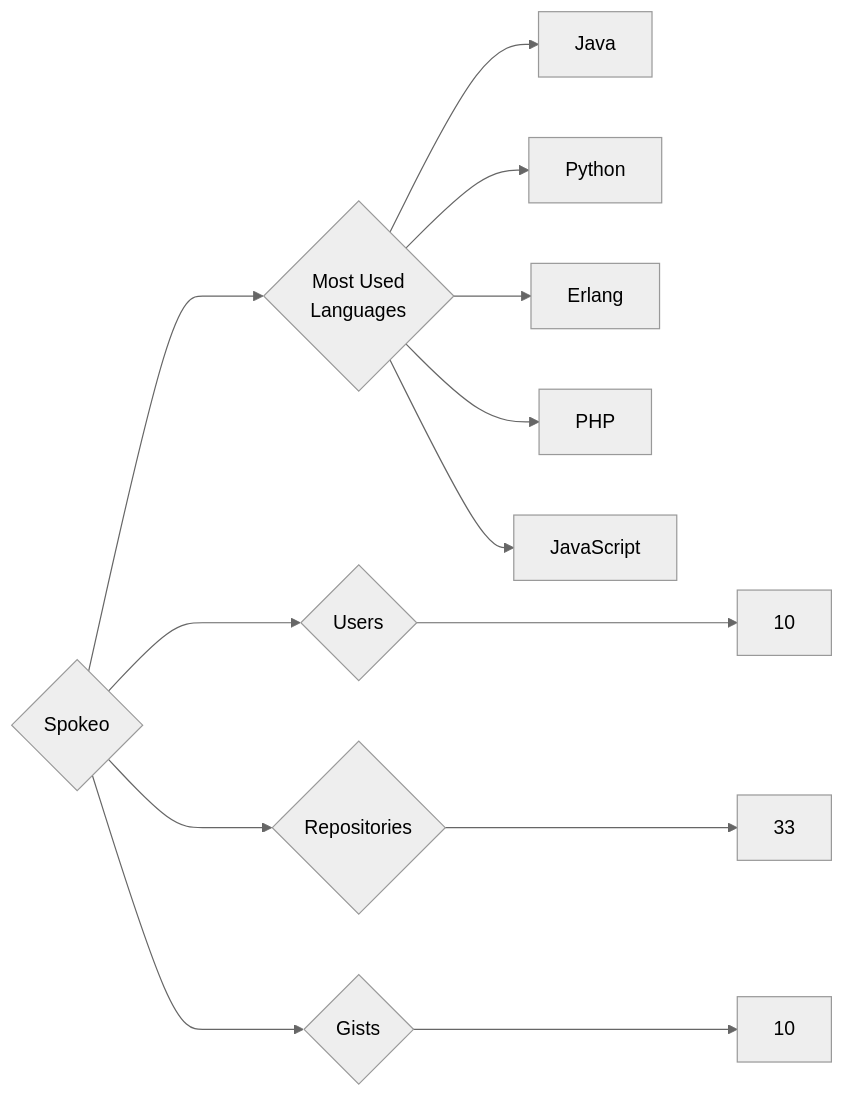
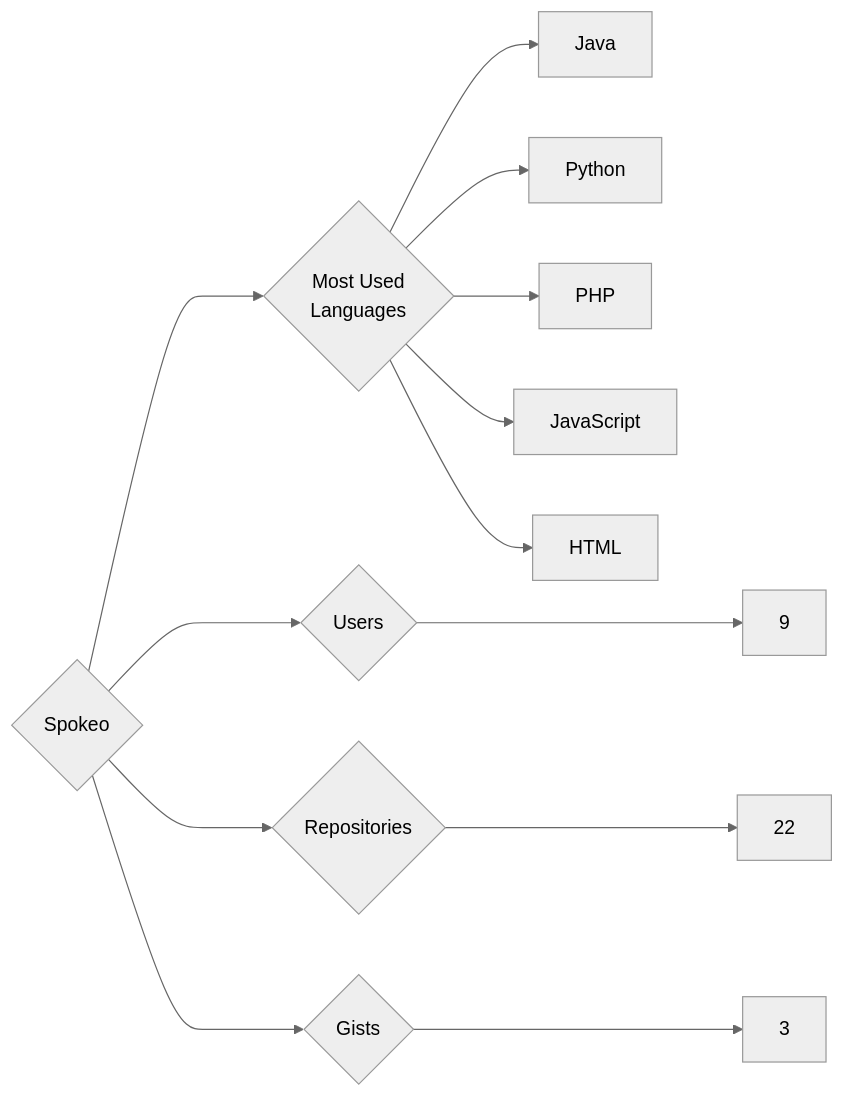
The diagram in targets/Spokeo/README.md (trickest/insiders), drawn with Mermaid (neutral theme) before and after one commit. The commit also changed 953 other files, not shown here.

````diff
--- a/targets/Spokeo/README.md
+++ b/targets/Spokeo/README.md
@@ -3,13 +3,13 @@
 ```mermaid
 graph LR
 COMPANY_NAME{Spokeo}
-COMPANY_NAME ---> U{Users} ---> UN[10]
-COMPANY_NAME ---> R{Repositories} ---> RN[33]
-COMPANY_NAME ---> G{Gists} ---> GN[10]
+COMPANY_NAME ---> U{Users} ---> UN[9]
+COMPANY_NAME ---> R{Repositories} ---> RN[22]
+COMPANY_NAME ---> G{Gists} ---> GN[3]
 COMPANY_NAME ---> ML{Most Used<br>Languages}
 ML --> Java[Java]
 ML --> Python[Python]
-ML --> Erlang[Erlang]
 ML --> PHP[PHP]
 ML --> JavaScript[JavaScript]
+ML --> HTML[HTML]
 ```
````
